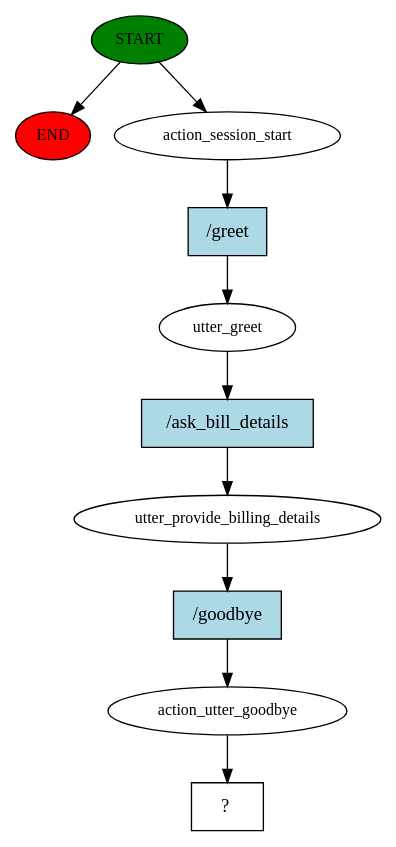
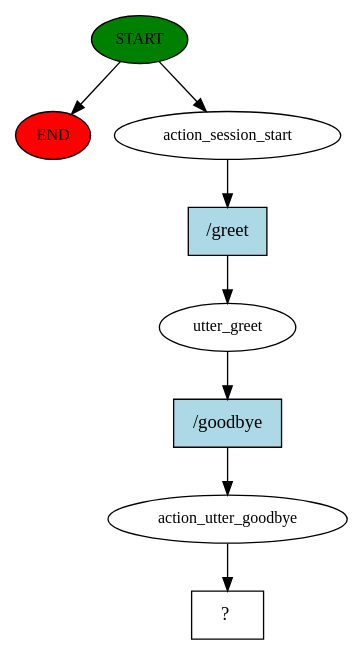
Before and after one commit to SewminaFernando/AggroDetect: the diagram in rasaproject4/story_graph.dot, drawn with Graphviz. The commit also changed 16 other files, not shown here.

```diff
--- a/rasaproject4/story_graph.dot
+++ b/rasaproject4/story_graph.dot
@@ -1,21 +1,17 @@
 digraph  {
 0 [class="start active", fillcolor=green, fontsize=12, label=START, style=filled];
 "-1" [class=end, fillcolor=red, fontsize=12, label=END, style=filled];
 1 [class=active, fontsize=12, label=action_session_start];
 2 [class=active, fontsize=12, label=utter_greet];
-3 [class=active, fontsize=12, label=utter_provide_billing_details];
-4 [class=active, fontsize=12, label=action_utter_goodbye];
-5 [class="intent dashed active", label="  ?  ", shape=rect];
-6 [class="intent active", fillcolor=lightblue, label="/greet", shape=rect, style=filled];
-7 [class="intent active", fillcolor=lightblue, label="/ask_bill_details", shape=rect, style=filled];
-8 [class="intent active", fillcolor=lightblue, label="/goodbye", shape=rect, style=filled];
+3 [class=active, fontsize=12, label=action_utter_goodbye];
+4 [class="intent dashed active", label="  ?  ", shape=rect];
+5 [class="intent active", fillcolor=lightblue, label="/greet", shape=rect, style=filled];
+6 [class="intent active", fillcolor=lightblue, label="/goodbye", shape=rect, style=filled];
 0 -> "-1"  [class="", key=NONE, label=""];
 0 -> 1  [class=active, key=NONE, label=""];
-1 -> 6  [class=active, key=0];
-2 -> 7  [class=active, key=0];
-3 -> 8  [class=active, key=0];
-4 -> 5  [class=active, key=NONE, label=""];
-6 -> 2  [class=active, key=0];
-7 -> 3  [class=active, key=0];
-8 -> 4  [class=active, key=0];
+1 -> 5  [class=active, key=0];
+2 -> 6  [class=active, key=0];
+3 -> 4  [class=active, key=NONE, label=""];
+5 -> 2  [class=active, key=0];
+6 -> 3  [class=active, key=0];
 }
```
